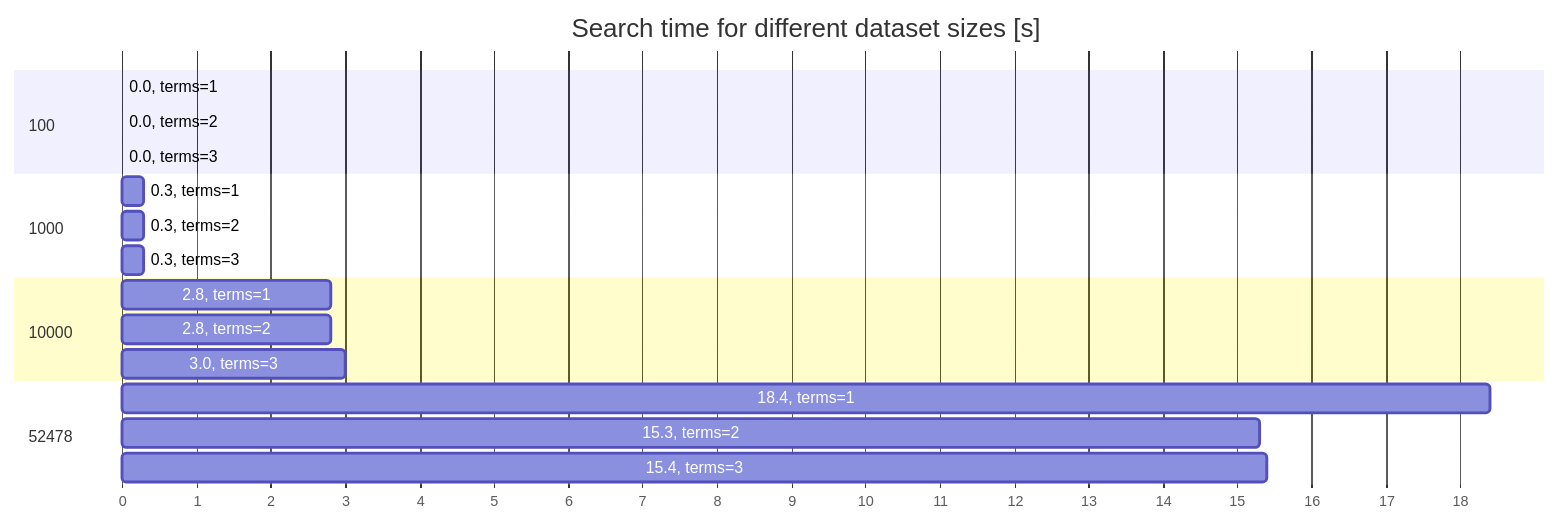
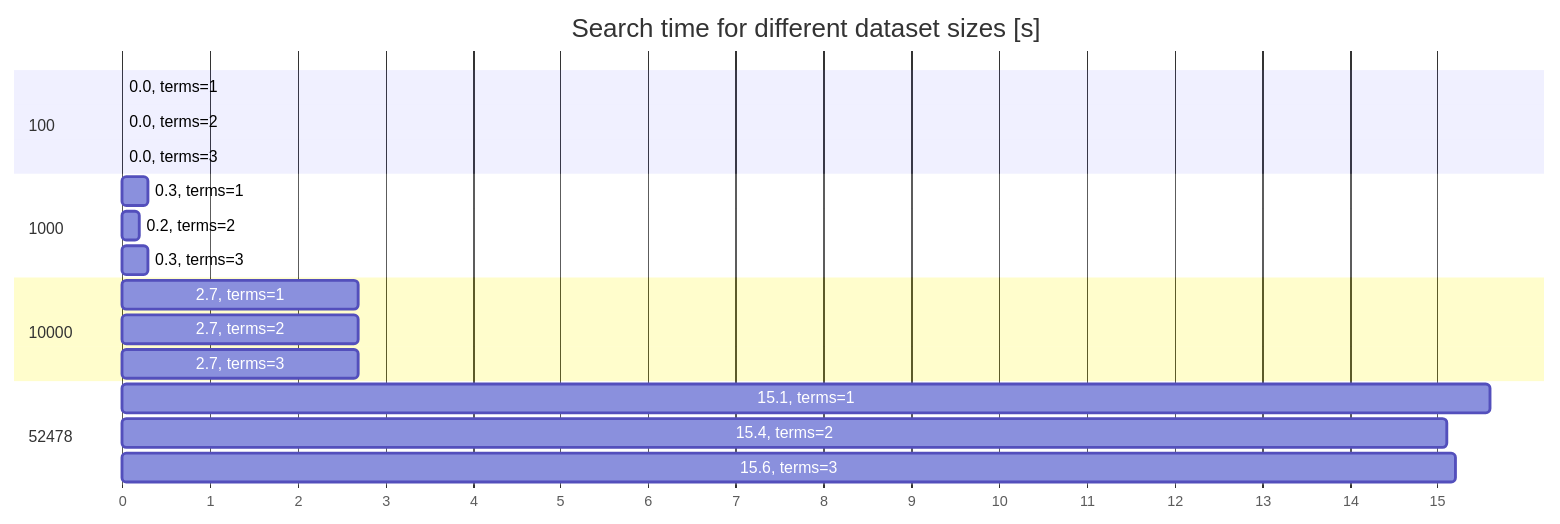
Before and after one commit to dmarsic/tinysearch: the diagram in README.md, drawn with Mermaid. The commit also changed other lines of this file and 1 other file, not shown here.

````diff
--- a/README.md
+++ b/README.md
@@ -105,26 +105,26 @@
 ```mermaid
 gantt
 title Search time for different dataset sizes [s]
 dateFormat X
 axisFormat %s
 
 section 100
 0.0, terms=1 : 0, 0.0s
 0.0, terms=2 : 0, 0.0s
 0.0, terms=3 : 0, 0.0s
 
 section 1000
 0.3, terms=1 : 0, 0.3s
-0.3, terms=2 : 0, 0.3s
+0.2, terms=2 : 0, 0.2s
 0.3, terms=3 : 0, 0.3s
 
 section 10000
-2.8, terms=1 : 0, 2.8s
-2.8, terms=2 : 0, 2.8s
-3.0, terms=3 : 0, 3.0s
+2.7, terms=1 : 0, 2.7s
+2.7, terms=2 : 0, 2.7s
+2.7, terms=3 : 0, 2.7s
 
 section 52478
-18.4, terms=1 : 0, 18.4s
-15.3, terms=2 : 0, 15.3s
-15.4, terms=3 : 0, 15.4s
+15.1, terms=1 : 0, 15.6s
+15.4, terms=2 : 0, 15.1s
+15.6, terms=3 : 0, 15.2s
 ```
````
